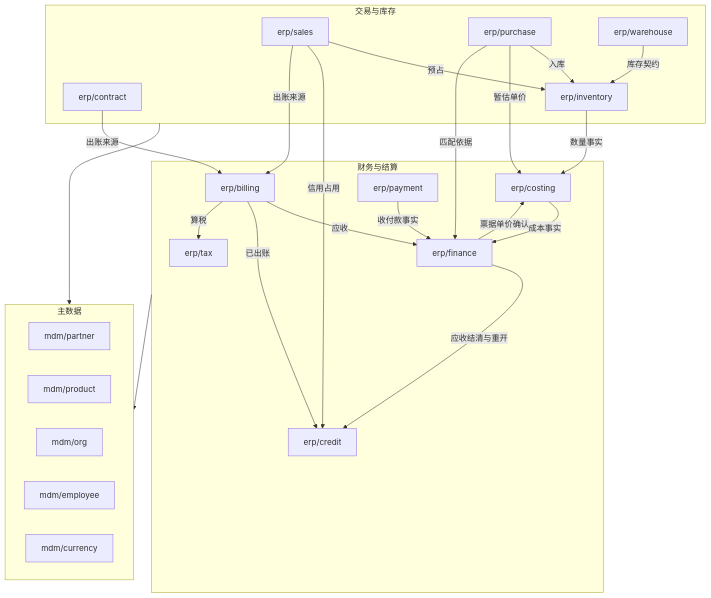
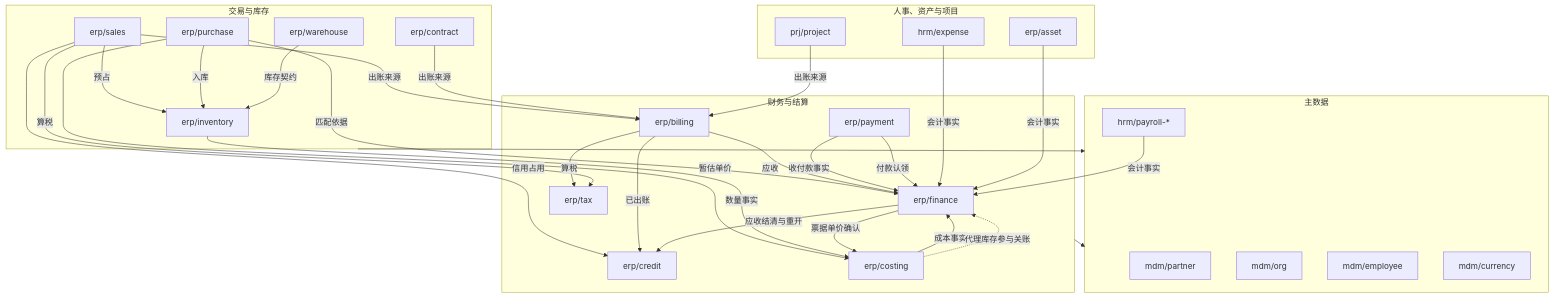
One commit to brickKit/be-assembly-standard changed the first of 3 diagrams in tempDocs/final/00-overview/02-domains-and-boundaries.md. Above: the diagram before and after it, drawn with Mermaid. The commit also changed 20 other files, not shown here.

````diff
--- a/tempDocs/final/00-overview/02-domains-and-boundaries.md
+++ b/tempDocs/final/00-overview/02-domains-and-boundaries.md
@@ -41,30 +41,40 @@
 ```mermaid
 flowchart TB
     subgraph MDM[主数据]
       P[mdm/partner]; PR[mdm/product]; O[mdm/org]; E[mdm/employee]; C[mdm/currency]
     end
     subgraph TRADE[交易与库存]
       S[erp/sales]; CT[erp/contract]; PU[erp/purchase]; I[erp/inventory]; W[erp/warehouse]
     end
     subgraph FIN[财务与结算]
       F[erp/finance]; CR[erp/credit]; CO[erp/costing]; B[erp/billing]; PAY[erp/payment]; T[erp/tax]
     end
     S -->|预占| I
     S -->|信用占用| CR
     S -->|出账来源| B
     CT -->|出账来源| B
     PU -->|入库| I
     PU -->|暂估单价| CO
     PU -->|匹配依据| F
     W -->|库存契约| I
     I -->|数量事实| CO
     CO -->|成本事实| F
     F -->|票据单价确认| CO
     B -->|应收| F
     B -->|已出账| CR
     B -->|算税| T
+    S -->|算税| T
     PAY -->|收付款事实| F
     F -->|应收结清与重开| CR
+    PAY -->|付款认领| F
+    CO -.->|代理库存参与关账| F
+    subgraph OTHER[人事、资产与项目]
+      EX[hrm/expense]; PR[hrm/payroll-*]; AS[erp/asset]; PJ[prj/project]
+    end
+    EX -->|会计事实| F
+    PR -->|会计事实| F
+    AS -->|会计事实| F
+    PJ -->|出账来源| B
     TRADE --> MDM
     FIN --> MDM
 ```
````
